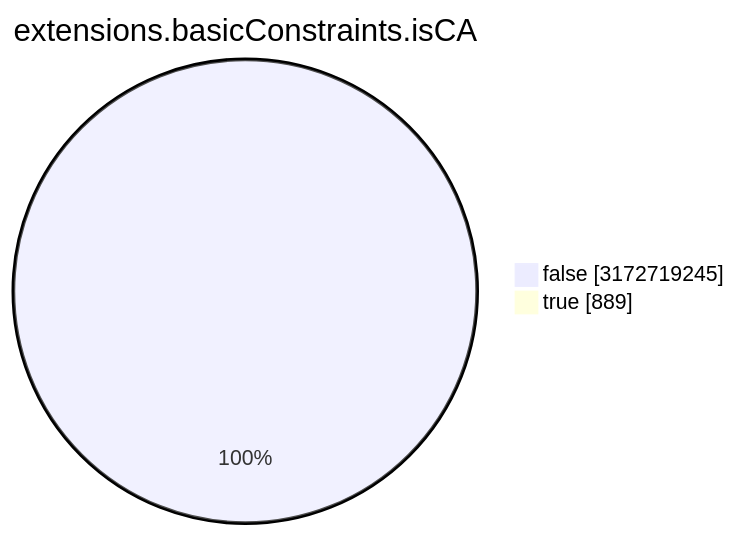
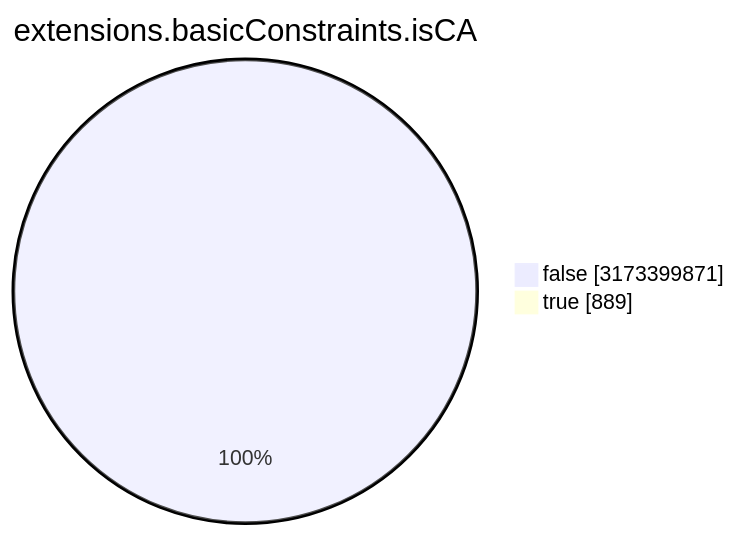
The seventh of 15 diagrams in TOTAL/README.md (christiankrug/ctmonitor_visualization), drawn with Mermaid before and after one commit. The commit also changed other lines of this file, not shown here.

````diff
--- a/TOTAL/README.md
+++ b/TOTAL/README.md
@@ -3088,6 +3088,6 @@
 ```mermaid
 pie showData
 title extensions.basicConstraints.isCA
-"false" :3172719245
+"false" :3173399871
 "true" :889
 ```
````
